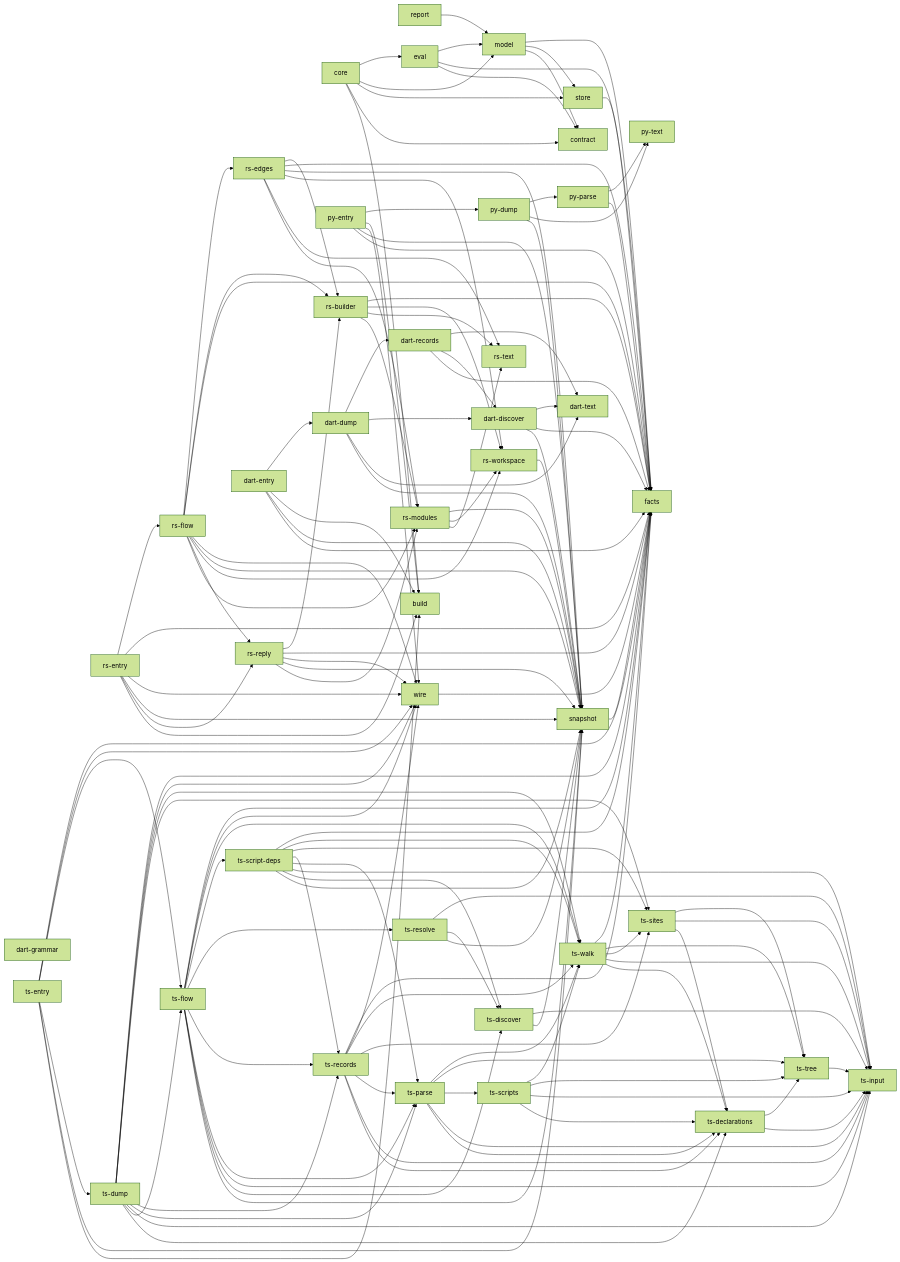
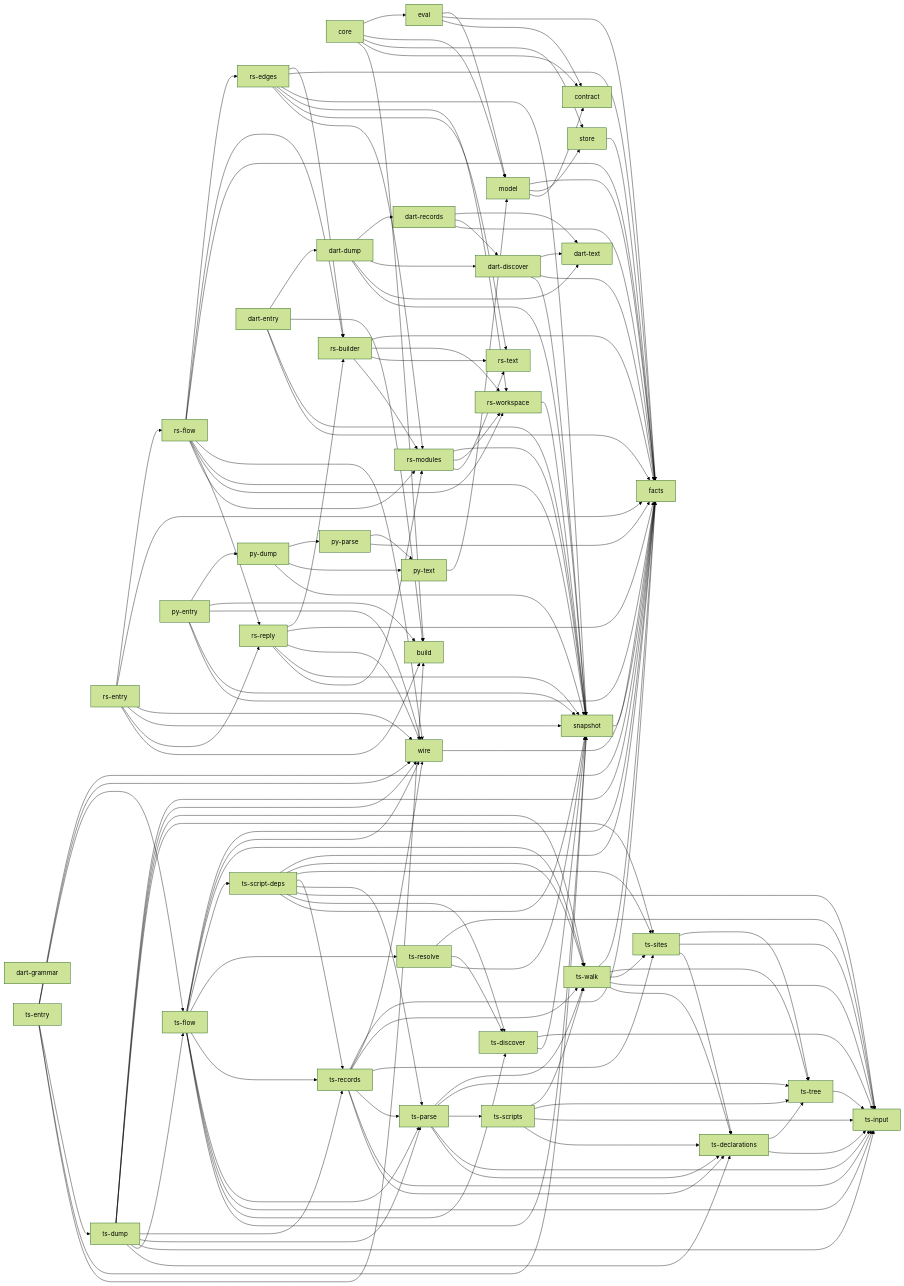
The diagram in docs/architecture/native.md (rapiddweller/archkeel), drawn with Mermaid (forest theme) before and after one commit.

Commit message:
Give the report node of the native component graph a numbered id
The test of the hand-written graph reads only nodes named n_<number>; the
report node joins the graph that the S1 merge extended.

````diff
--- a/docs/architecture/native.md
+++ b/docs/architecture/native.md
@@ -77,7 +77,7 @@
 ```mermaid
 flowchart LR
-    n_report["report"]
-    n_report --> n_5
+    n_37["report"]
+    n_37 --> n_5
     n_0["build"]
     n_1["contract"]
     n_2["core"]
````
